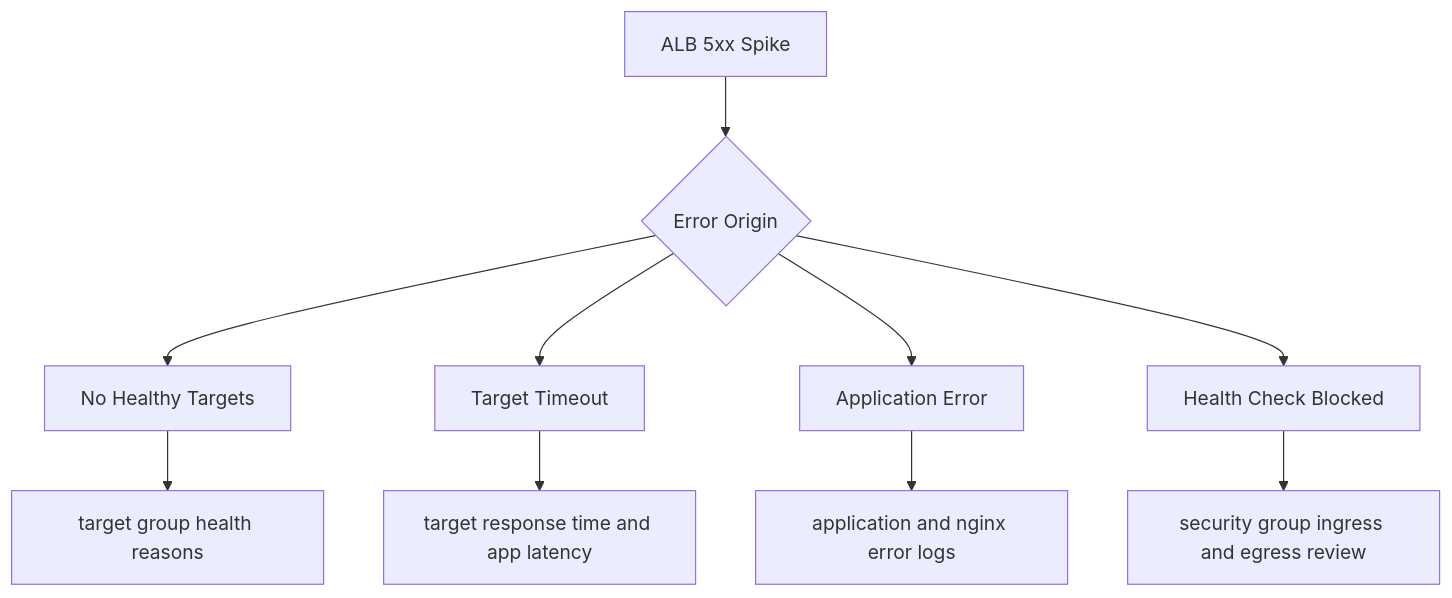
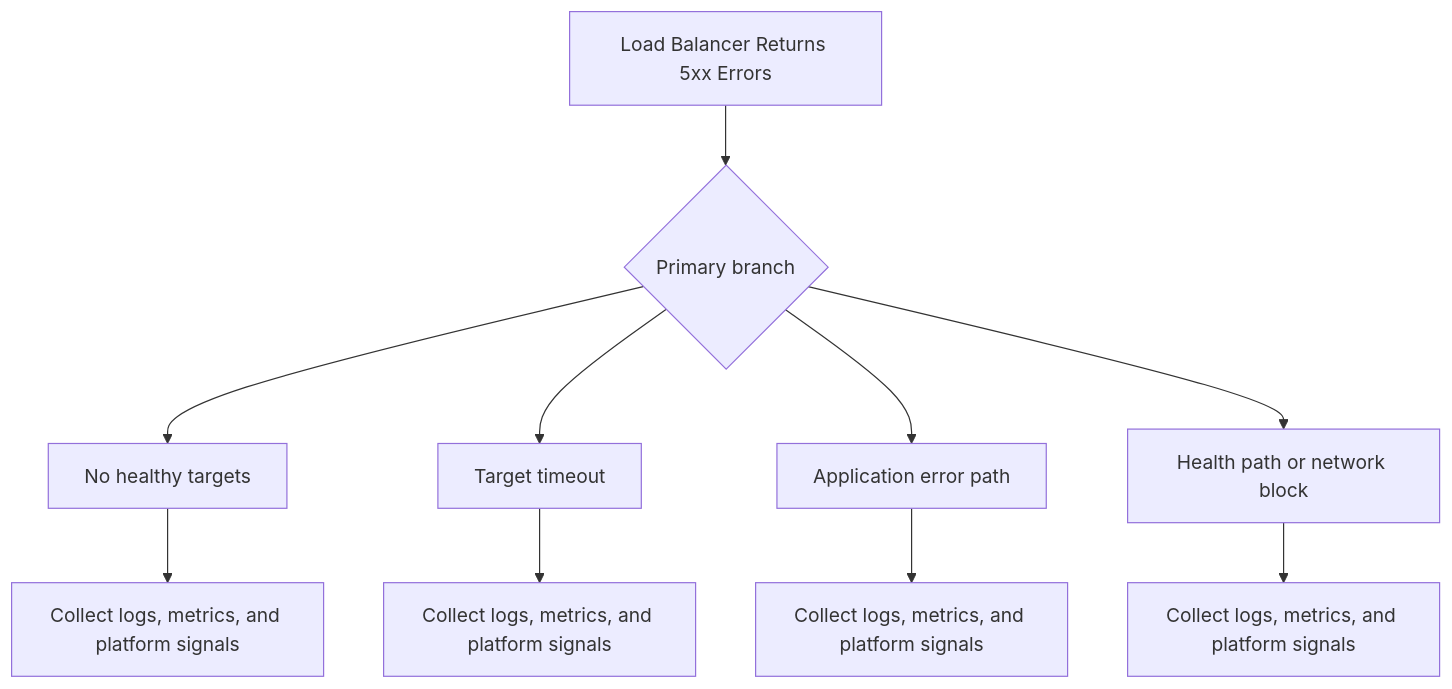
One commit to yeongseon/aws-elastic-beanstalk-practical-guide changed the first of 2 diagrams in docs/troubleshooting/playbooks/networking/load-balancer-5xx.md. Above: the diagram before and after it, drawn with Mermaid. The commit also changed other lines of this file and 223 other files, not shown here.

````diff
--- a/docs/troubleshooting/playbooks/networking/load-balancer-5xx.md
+++ b/docs/troubleshooting/playbooks/networking/load-balancer-5xx.md
@@ -12,12 +6,12 @@
 ```mermaid
 flowchart TD
-    A[ALB 5xx Spike] --> B{Error Origin}
-    B --> C[No Healthy Targets]
-    B --> D[Target Timeout]
-    B --> E[Application Error]
-    B --> F[Health Check Blocked]
-    C --> G[target group health reasons]
-    D --> H[target response time and app latency]
-    E --> I[application and nginx error logs]
-    F --> J[security group ingress and egress review]
+    A[Load Balancer Returns 5xx Errors] --> B{Primary branch}
+    B --> C1[No healthy targets]
+    C1 --> D1[Collect logs, metrics, and platform signals]
+    B --> C2[Target timeout]
+    C2 --> D2[Collect logs, metrics, and platform signals]
+    B --> C3[Application error path]
+    C3 --> D3[Collect logs, metrics, and platform signals]
+    B --> C4[Health path or network block]
+    C4 --> D4[Collect logs, metrics, and platform signals]
 ```
````
